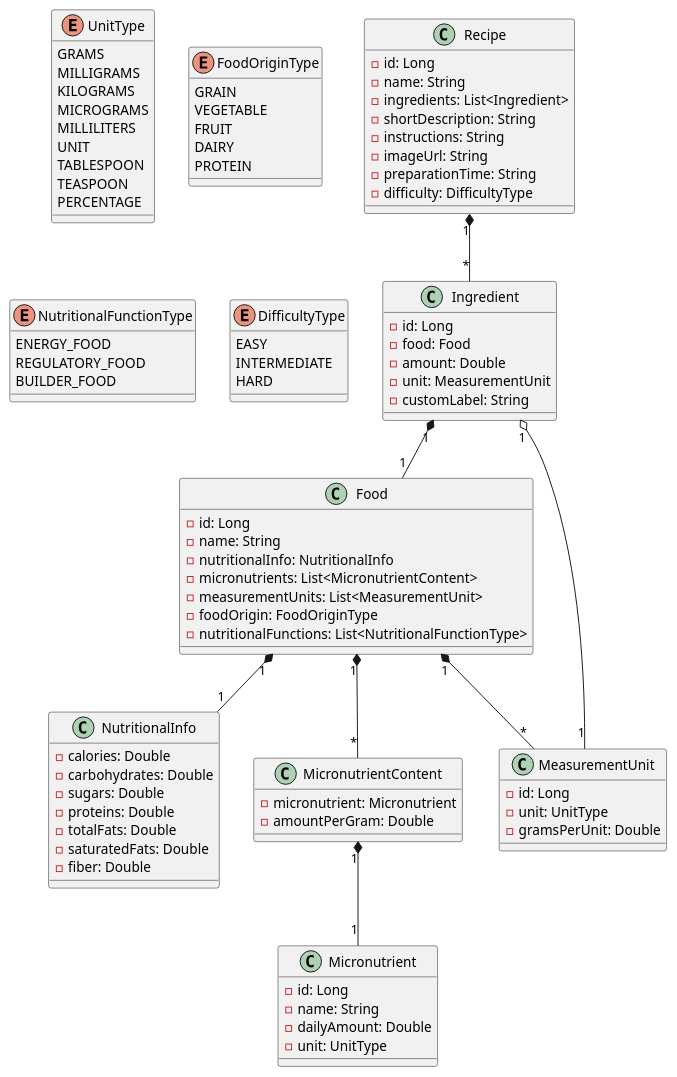
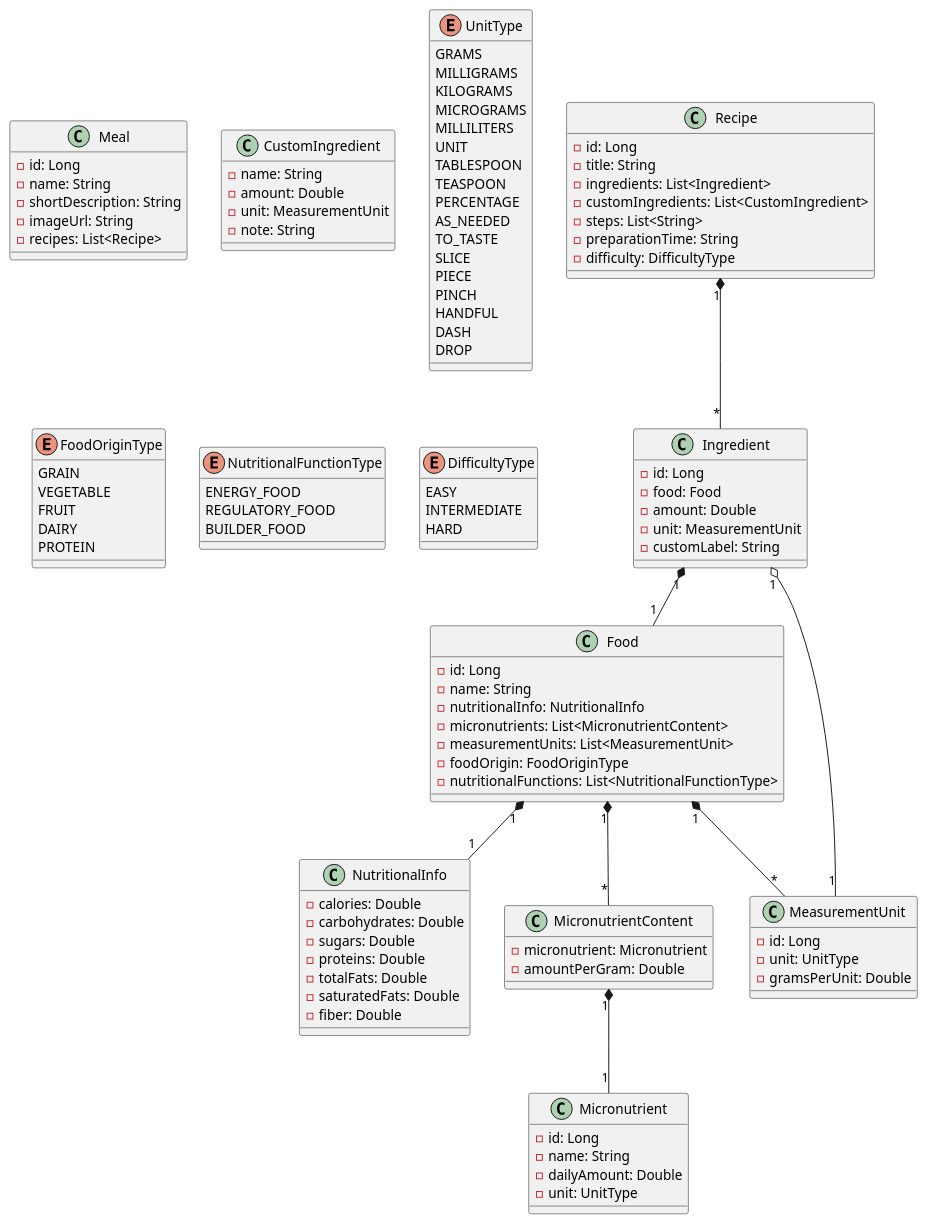
Before and after one commit to RodriLang/calorie-calculator: the diagram in src/main/resources/diagram.puml, drawn with PlantUML.

```diff
--- a/src/main/resources/diagram.puml
+++ b/src/main/resources/diagram.puml
@@ -1,106 +1,133 @@
 @startuml
+
+class Meal {
+    - id: Long
+    - name: String
+    - shortDescription: String
+    - imageUrl: String
+    - recipes: List<Recipe>
+
+}
 
 class Recipe {
     - id: Long
-    - name: String
+    - title: String
     - ingredients: List<Ingredient>
-    - shortDescription: String
-    - instructions: String
-    - imageUrl: String
+    - customIngredients: List<CustomIngredient>
+    - steps: List<String>
     - preparationTime: String
     - difficulty: DifficultyType
 }
+
 
 class Ingredient {
     - id: Long
     - food: Food
     - amount: Double
     - unit: MeasurementUnit
     - customLabel: String
 }
+
+
+class CustomIngredient {
+    - name: String
+    - amount: Double
+    - unit: MeasurementUnit
+    - note: String
+}
+
 
 class Food {
     - id: Long
     - name: String
     - nutritionalInfo: NutritionalInfo
     - micronutrients: List<MicronutrientContent>
     - measurementUnits: List<MeasurementUnit>
     - foodOrigin: FoodOriginType
     - nutritionalFunctions: List<NutritionalFunctionType>
 }
+
 
 class NutritionalInfo {
     - calories: Double
     - carbohydrates: Double
     - sugars: Double
     - proteins: Double
     - totalFats: Double
     - saturatedFats: Double
     - fiber: Double
 }
 
 class MicronutrientContent {
     - micronutrient: Micronutrient
     - amountPerGram: Double
 }
 
 class Micronutrient {
     - id: Long
     - name: String
     - dailyAmount: Double
     - unit: UnitType
 }
 
 class MeasurementUnit {
     - id: Long
     - unit: UnitType
     - gramsPerUnit: Double
 }
 
 
 Ingredient "1" *-- "1" Food
 Ingredient "1" o-- "1" MeasurementUnit
 
 Recipe "1" *-- "*" Ingredient
 
 Food "1" *-- "1" NutritionalInfo
 Food "1" *-- "*" MeasurementUnit
 Food "1" *-- "*" MicronutrientContent
 
 MicronutrientContent "1" *-- "1" Micronutrient
 
 
 
 enum UnitType {
     GRAMS
     MILLIGRAMS
     KILOGRAMS
     MICROGRAMS
     MILLILITERS
     UNIT
     TABLESPOON
     TEASPOON
     PERCENTAGE
+    AS_NEEDED
+    TO_TASTE
+    SLICE
+    PIECE
+    PINCH
+    HANDFUL
+    DASH
+    DROP
 }
 
 enum FoodOriginType {
     GRAIN
     VEGETABLE
     FRUIT
     DAIRY
     PROTEIN
 }
 
 enum NutritionalFunctionType {
     ENERGY_FOOD
     REGULATORY_FOOD
     BUILDER_FOOD
 }
 
 enum DifficultyType {
     EASY
     INTERMEDIATE
     HARD
 }
 
 @enduml
```
